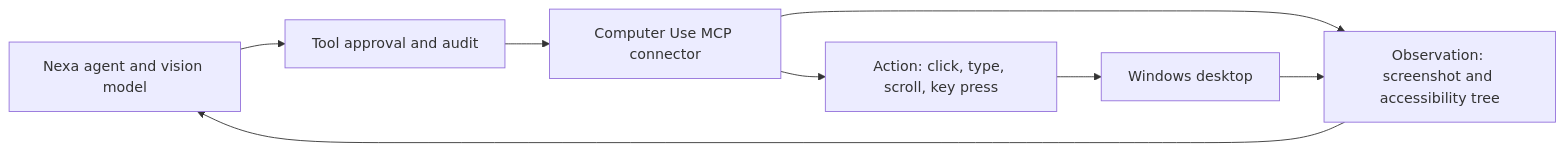
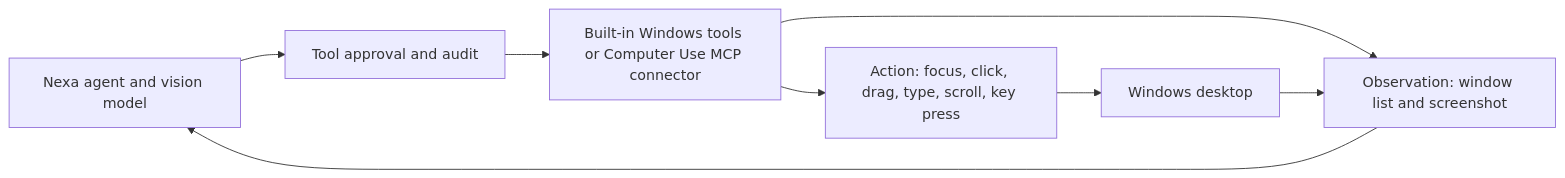
One commit to MLGBJDLW/Ask_Myself changed the diagram in docs/computer-use-integration.md. Above: the diagram before and after it, drawn with Mermaid. The commit also changed other lines of this file and 11 other files, not shown here.

Commit message:
feat(agent): Add native Windows computer use

````diff
--- a/docs/computer-use-integration.md
+++ b/docs/computer-use-integration.md
@@ -26,10 +30,10 @@
 ```mermaid
 flowchart LR
     A["Nexa agent and vision model"] --> B["Tool approval and audit"]
-    B --> C["Computer Use MCP connector"]
-    C --> D["Observation: screenshot and accessibility tree"]
-    C --> E["Action: click, type, scroll, key press"]
+    B --> C["Built-in Windows tools or Computer Use MCP connector"]
+    C --> D["Observation: window list and screenshot"]
+    C --> E["Action: focus, click, drag, type, scroll, key press"]
     D --> A
     E --> F["Windows desktop"]
     F --> D
 ```
````
